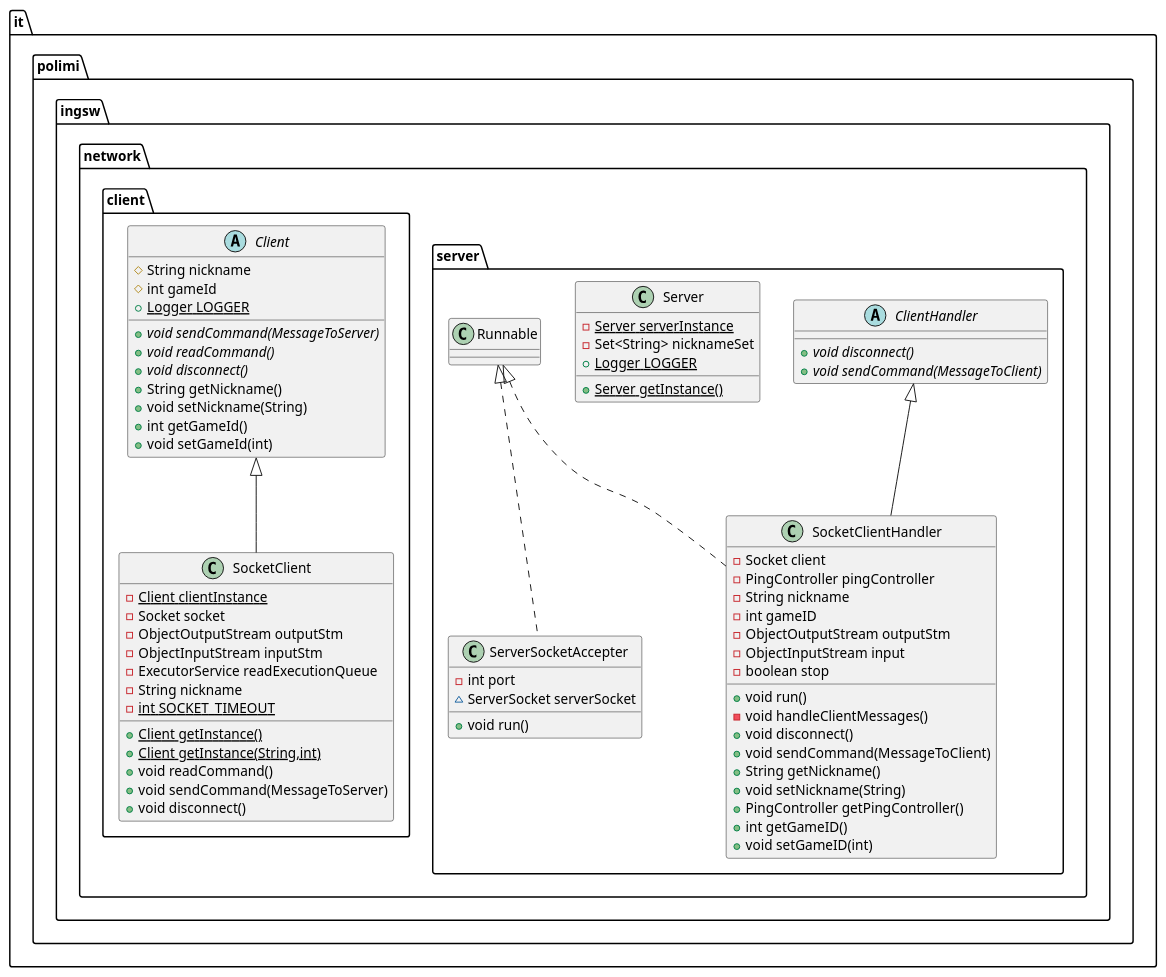
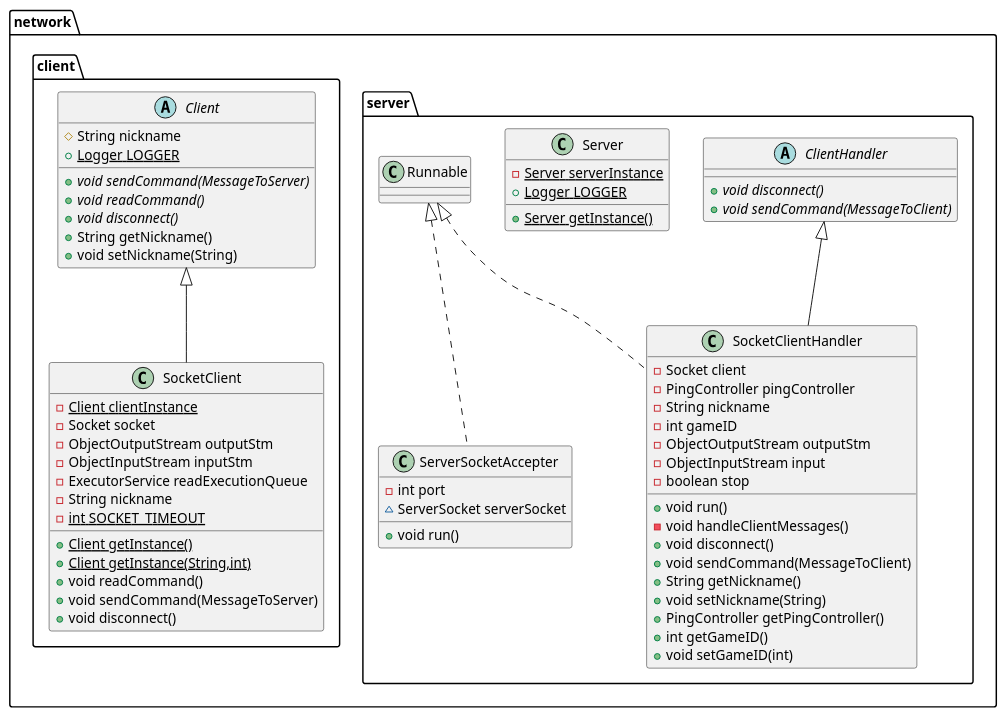
One commit to SigCatta/MyShelfie changed the diagram in src/main/resources/uml/network.puml. Above: the diagram before and after it, drawn with PlantUML. The commit also changed 14 other files, not shown here.

First line of the commit message:
- updated and corrected uml

```diff
--- a/src/main/resources/uml/network.puml
+++ b/src/main/resources/uml/network.puml
@@ -1,67 +1,63 @@
 @startuml
-class it.polimi.ingsw.network.server.ServerSocketAccepter {
+class network.server.ServerSocketAccepter {
 - int port
 ~ ServerSocket serverSocket
 + void run()
 }
-class it.polimi.ingsw.network.server.SocketClientHandler {
+class network.server.SocketClientHandler {
 - Socket client
 - PingController pingController
 - String nickname
 - int gameID
 - ObjectOutputStream outputStm
 - ObjectInputStream input
 - boolean stop
 + void run()
 - void handleClientMessages()
 + void disconnect()
 + void sendCommand(MessageToClient)
 + String getNickname()
 + void setNickname(String)
 + PingController getPingController()
 + int getGameID()
 + void setGameID(int)
 }
-abstract class it.polimi.ingsw.network.server.ClientHandler {
+abstract class network.server.ClientHandler {
 + {abstract}void disconnect()
 + {abstract}void sendCommand(MessageToClient)
 }
-class it.polimi.ingsw.network.server.Server {
+class network.server.Server {
 - {static} Server serverInstance
-- Set<String> nicknameSet
 + {static} Logger LOGGER
 + {static} Server getInstance()
 }
-abstract class it.polimi.ingsw.network.client.Client {
+abstract class network.client.Client {
 # String nickname
-# int gameId
 + {static} Logger LOGGER
 + {abstract}void sendCommand(MessageToServer)
 + {abstract}void readCommand()
 + {abstract}void disconnect()
 + String getNickname()
 + void setNickname(String)
-+ int getGameId()
-+ void setGameId(int)
 }
-class it.polimi.ingsw.network.client.SocketClient {
+class network.client.SocketClient {
 - {static} Client clientInstance
 - Socket socket
 - ObjectOutputStream outputStm
 - ObjectInputStream inputStm
 - ExecutorService readExecutionQueue
 - String nickname
 - {static} int SOCKET_TIMEOUT
 + {static} Client getInstance()
 + {static} Client getInstance(String,int)
 + void readCommand()
 + void sendCommand(MessageToServer)
 + void disconnect()
 }
 
 
-it.polimi.ingsw.network.server.Runnable <|.. it.polimi.ingsw.network.server.ServerSocketAccepter
-it.polimi.ingsw.network.server.Runnable <|.. it.polimi.ingsw.network.server.SocketClientHandler
-it.polimi.ingsw.network.server.ClientHandler <|-- it.polimi.ingsw.network.server.SocketClientHandler
-it.polimi.ingsw.network.client.Client <|-- it.polimi.ingsw.network.client.SocketClient
+network.server.Runnable <|.. network.server.ServerSocketAccepter
+network.server.Runnable <|.. network.server.SocketClientHandler
+network.server.ClientHandler <|-- network.server.SocketClientHandler
+network.client.Client <|-- network.client.SocketClient
 @enduml
```
